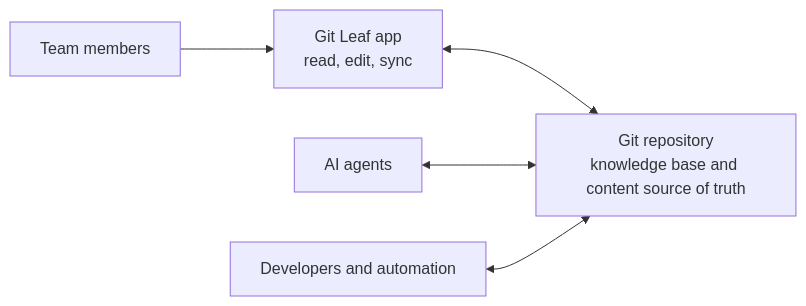
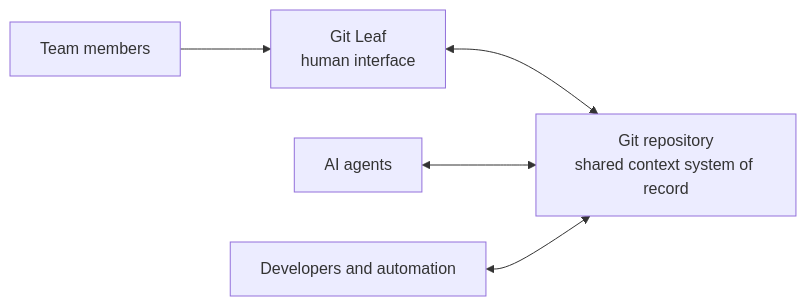
Before and after one commit to ArrowYing/git-leaf: the diagram in marketing/positioning.md, drawn with Mermaid. The commit also changed other lines of this file and 18 other files, not shown here.

Commit message:
Reframe Git Leaf around shared agent context

````diff
--- a/marketing/positioning.md
+++ b/marketing/positioning.md
@@ -28,7 +38,7 @@
 ```mermaid
 flowchart LR
-    H["Team members"] --> GL["Git Leaf app<br/>read, edit, sync"]
-    GL <--> G["Git repository<br/>knowledge base and content source of truth"]
+    H["Team members"] --> GL["Git Leaf<br/>human interface"]
+    GL <--> G["Git repository<br/>shared context system of record"]
     A["AI agents"] <--> G
     D["Developers and automation"] <--> G
 ```
````
